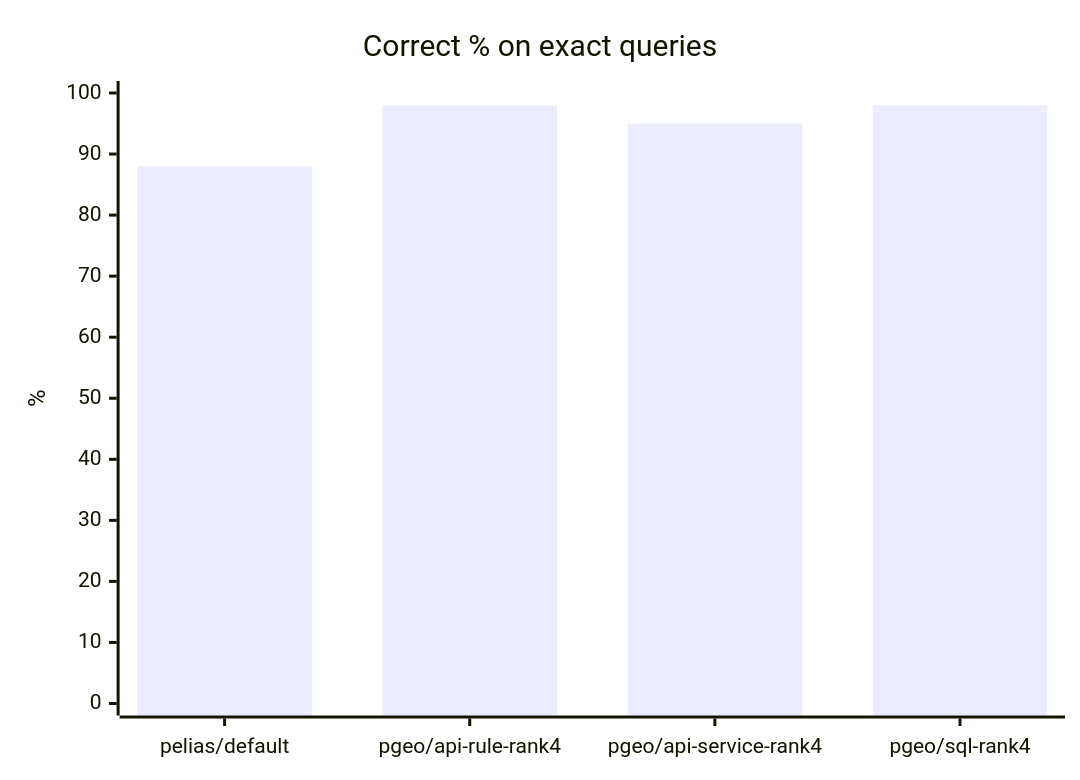
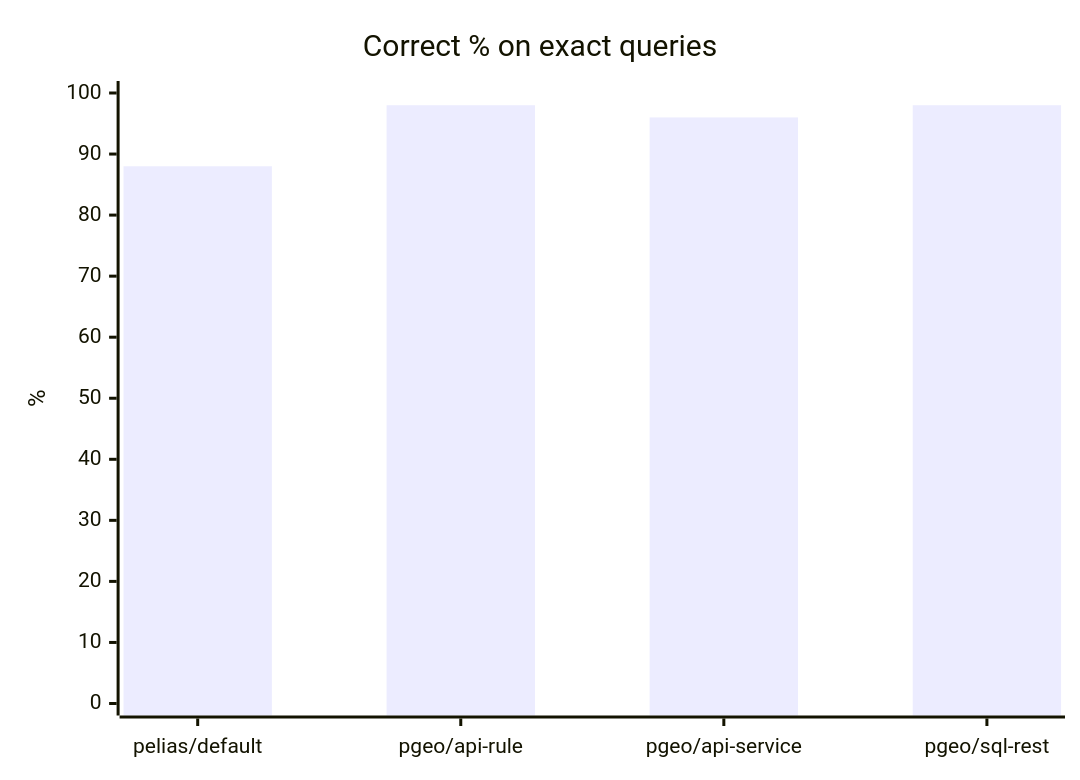
Before and after one commit to johnzastrow/pgeo: the first of 6 diagrams in docs/ACCURACY_RESULTS.md, drawn with Mermaid. The commit also changed other lines of this file and 4 other files, not shown here.

````diff
--- a/docs/ACCURACY_RESULTS.md
+++ b/docs/ACCURACY_RESULTS.md
@@ -74,7 +74,7 @@
 ```mermaid
 xychart-beta
     title "Correct % on exact queries"
-    x-axis ["pelias/default", "pgeo/api-rule-rank4", "pgeo/api-service-rank4", "pgeo/sql-rank4"]
+    x-axis ["pelias/default", "pgeo/api-rule", "pgeo/api-service", "pgeo/sql-rest"]
     y-axis "%" 0 --> 100
-    bar [88, 98, 95, 98]
+    bar [88, 98, 96, 98]
 ```
````
